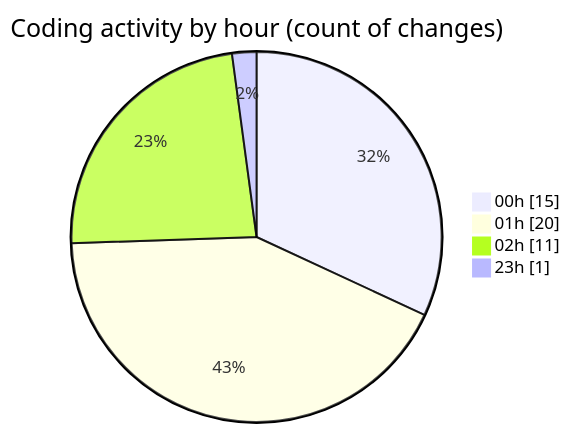
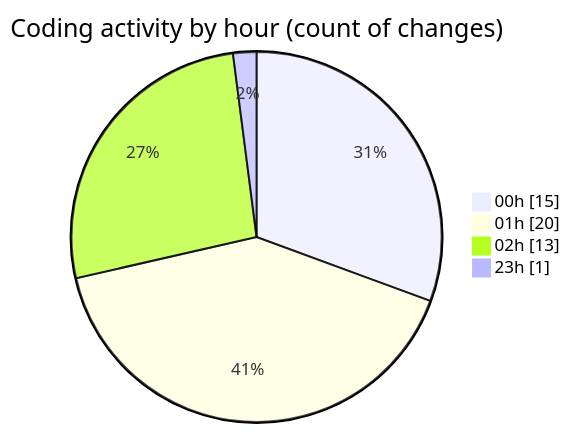
The second of 2 diagrams in 2025-08-04/studybuddy/README.md (lephambinh05/code-tracking), drawn with Mermaid before and after one commit. The commit also changed other lines of this file and 1 other file, not shown here.

````diff
--- a/2025-08-04/studybuddy/README.md
+++ b/2025-08-04/studybuddy/README.md
@@ -45,8 +45,8 @@
 ```mermaid
 pie showData
 title Coding activity by hour (count of changes)
 "00h" : 15
 "01h" : 20
-"02h" : 11
+"02h" : 13
 "23h" : 1
 ```
````
